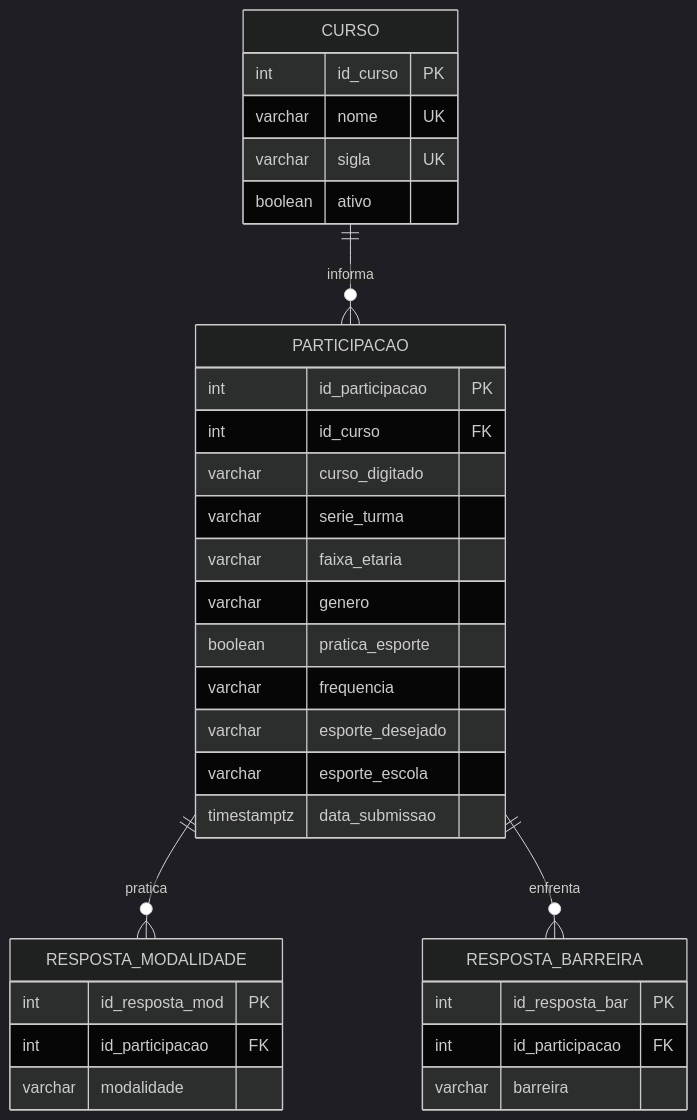
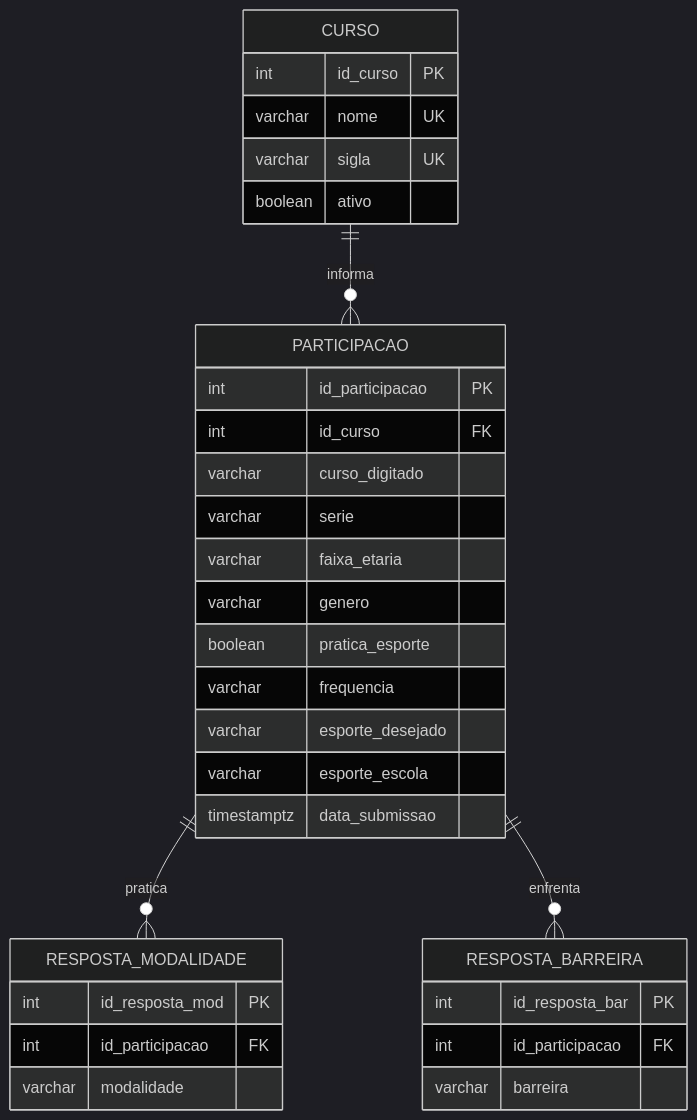
The diagram in documentacao_mapa_esportivo.md (juanalenca/mapeamento-esportivo), drawn with Mermaid (dark theme) before and after one commit. The commit also changed other lines of this file and 2 other files, not shown here.

Commit message:
docs: refine academic document with 10 technical improvements and standardize Curso / Itinerario and Serie

````diff
--- a/documentacao_mapa_esportivo.md
+++ b/documentacao_mapa_esportivo.md
@@ -92,39 +120,39 @@
 ```mermaid
 erDiagram
     CURSO ||--o{ PARTICIPACAO : "informa"
     PARTICIPACAO ||--o{ RESPOSTA_MODALIDADE : "pratica"
     PARTICIPACAO ||--o{ RESPOSTA_BARREIRA : "enfrenta"
 
     CURSO {
         int id_curso PK
         varchar nome UK
         varchar sigla UK
         boolean ativo
     }
 
     PARTICIPACAO {
         int id_participacao PK
         int id_curso FK
         varchar curso_digitado
-        varchar serie_turma
+        varchar serie
         varchar faixa_etaria
         varchar genero
         boolean pratica_esporte
         varchar frequencia
         varchar esporte_desejado
         varchar esporte_escola
         timestamptz data_submissao
     }
 
     RESPOSTA_MODALIDADE {
         int id_resposta_mod PK
         int id_participacao FK
         varchar modalidade
     }
 
     RESPOSTA_BARREIRA {
         int id_resposta_bar PK
         int id_participacao FK
         varchar barreira
     }
 ```
````
